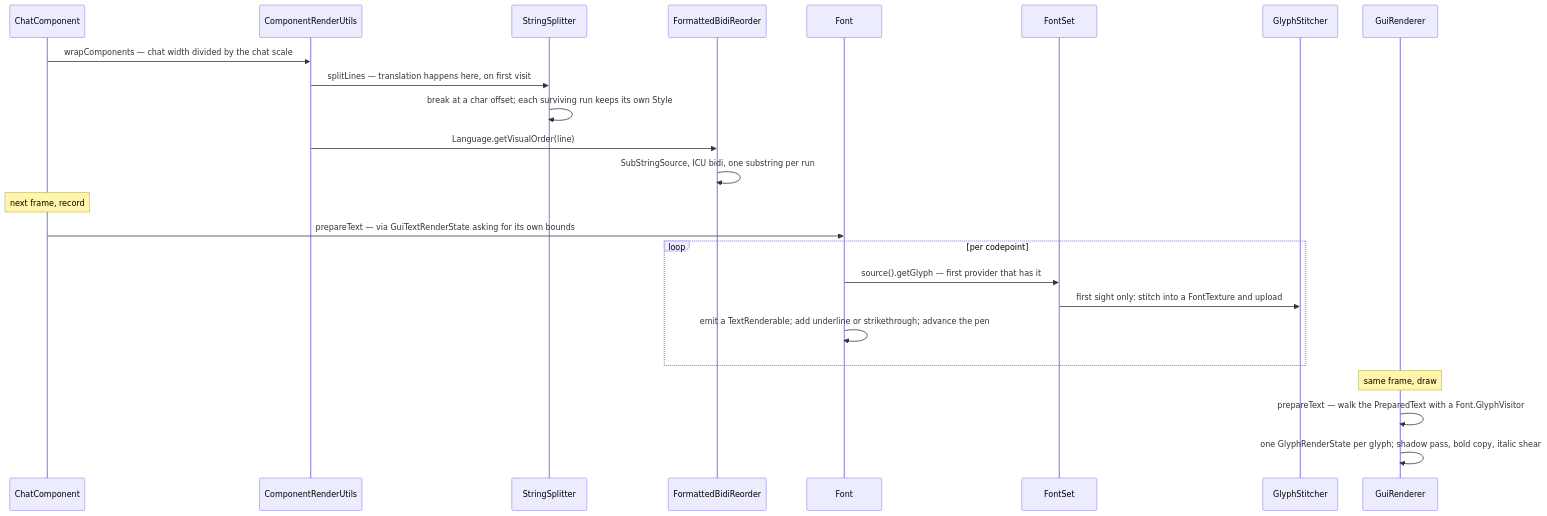
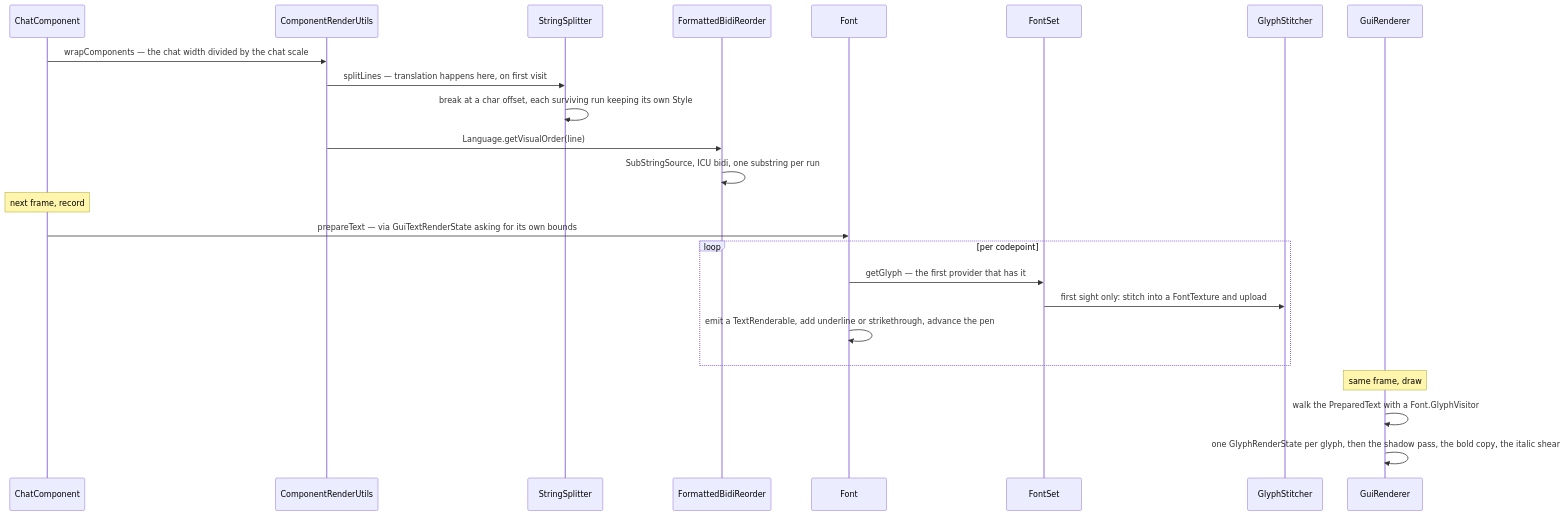
The second of 2 diagrams in src/systems/client/text-and-fonts.md (AlexanderjFraser/MinecraftDocs), drawn with Mermaid before and after one commit. The commit also changed other lines of this file and 27 other files, not shown here.

````diff
--- a/src/systems/client/text-and-fonts.md
+++ b/src/systems/client/text-and-fonts.md
@@ -108,27 +148,27 @@
 ```mermaid
 sequenceDiagram
-    participant CC as ChatComponent
+    participant ChatC as ChatComponent
     participant CRU as ComponentRenderUtils
-    participant SS as StringSplitter
+    participant SSpl as StringSplitter
     participant FBR as FormattedBidiReorder
-    participant F as Font
-    participant FS as FontSet
-    participant GS as GlyphStitcher
-    participant GR as GuiRenderer
+    participant Font as Font
+    participant FSet as FontSet
+    participant GStit as GlyphStitcher
+    participant GuiR as GuiRenderer
 
-    CC->>CRU: wrapComponents — chat width divided by the chat scale
-    CRU->>SS: splitLines — translation happens here, on first visit
-    SS->>SS: break at a char offset#59; each surviving run keeps its own Style
+    ChatC->>CRU: wrapComponents — the chat width divided by the chat scale
+    CRU->>SSpl: splitLines — translation happens here, on first visit
+    SSpl->>SSpl: break at a char offset, each surviving run keeping its own Style
     CRU->>FBR: Language.getVisualOrder(line)
     FBR->>FBR: SubStringSource, ICU bidi, one substring per run
-    Note over CC: next frame, record
-    CC->>F: prepareText — via GuiTextRenderState asking for its own bounds
+    Note over ChatC: next frame, record
+    ChatC->>Font: prepareText — via GuiTextRenderState asking for its own bounds
     loop per codepoint
-        F->>FS: source().getGlyph — first provider that has it
-        FS->>GS: first sight only: stitch into a FontTexture and upload
-        F->>F: emit a TextRenderable#59; add underline or strikethrough#59; advance the pen
+        Font->>FSet: getGlyph — the first provider that has it
+        FSet->>GStit: first sight only: stitch into a FontTexture and upload
+        Font->>Font: emit a TextRenderable, add underline or strikethrough, advance the pen
     end
-    Note over GR: same frame, draw
-    GR->>GR: prepareText — walk the PreparedText with a Font.GlyphVisitor
-    GR->>GR: one GlyphRenderState per glyph#59; shadow pass, bold copy, italic shear
+    Note over GuiR: same frame, draw
+    GuiR->>GuiR: walk the PreparedText with a Font.GlyphVisitor
+    GuiR->>GuiR: one GlyphRenderState per glyph, then the shadow pass, the bold copy, the italic shear
 ```
````
